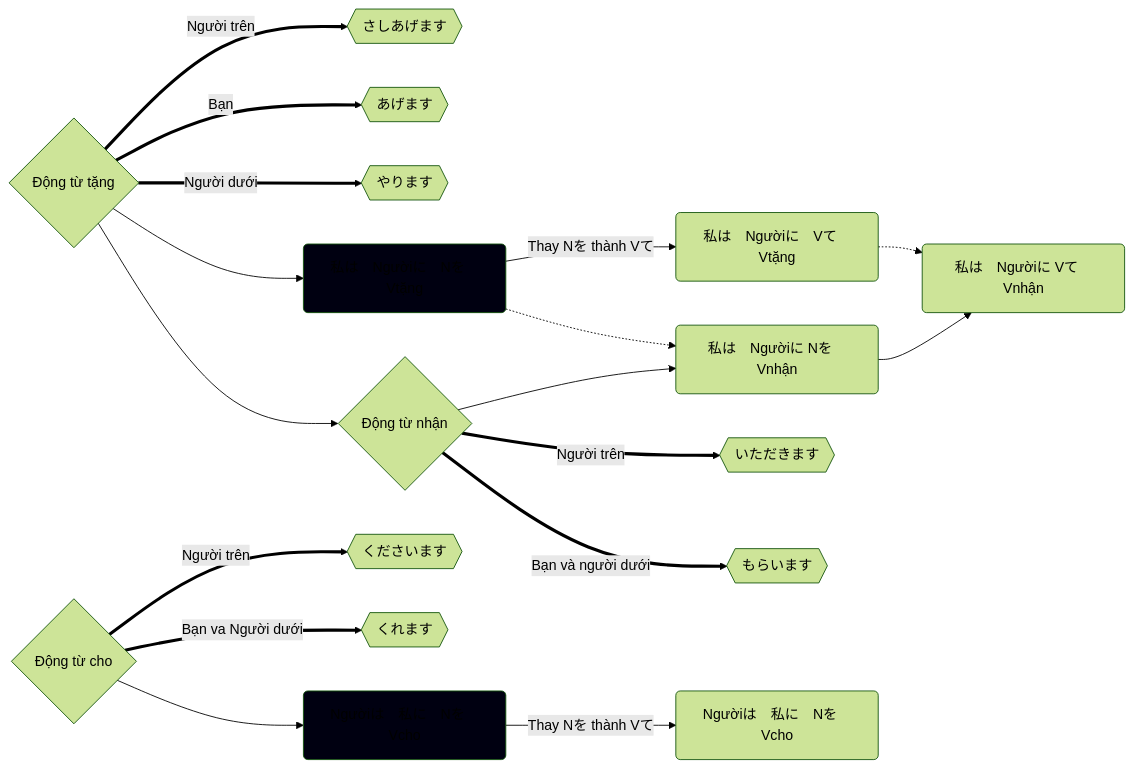
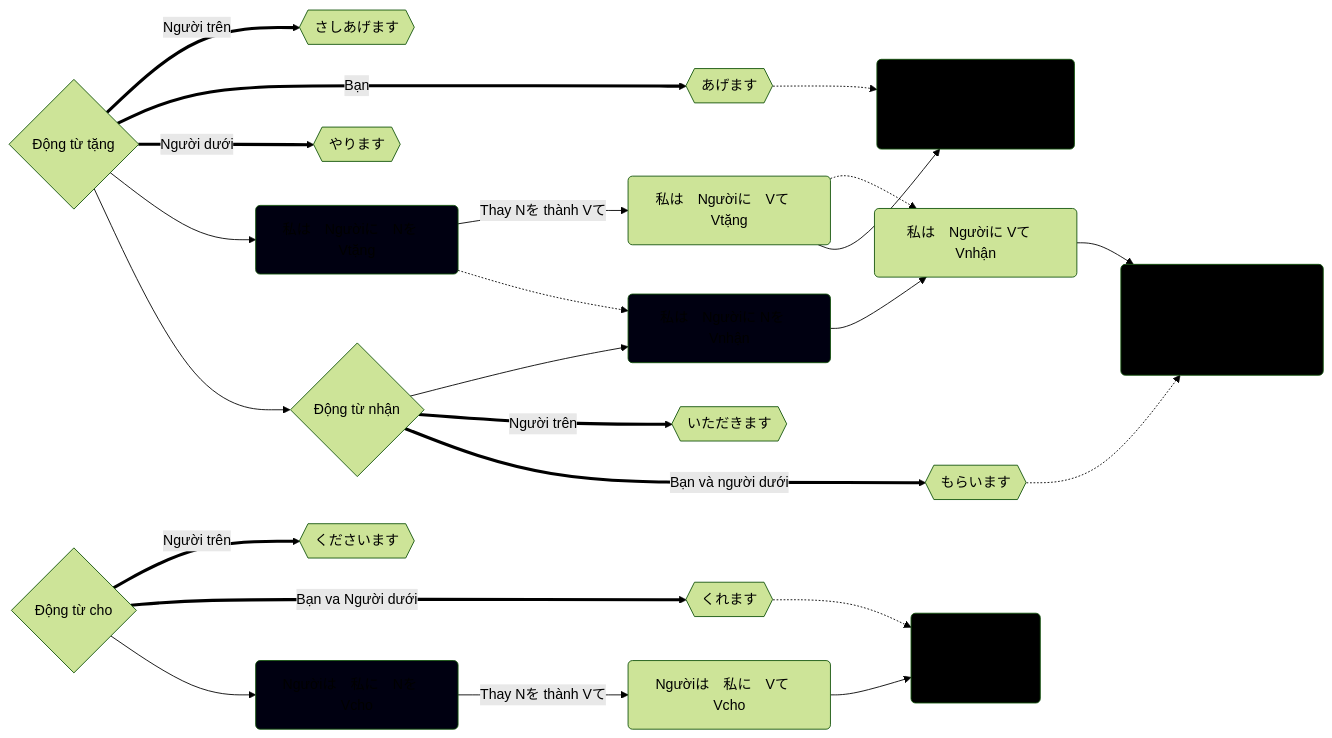
One commit to tea1504/learn changed the diagram in Dong_Tu_Cho_Tang.md. Above: the diagram before and after it, drawn with Mermaid (forest theme). The commit also changed 16 other files, not shown here.

````diff
--- a/Dong_Tu_Cho_Tang.md
+++ b/Dong_Tu_Cho_Tang.md
@@ -1,28 +1,41 @@
 ```mermaid
 graph LR;
 	Vt{Động từ tặng}
 	Vc{Động từ cho}
 
 	Vt==>|Người trên|bieuT{{さしあげます}}
 	Vt==>|Bạn|tangT{{あげます}}
 	Vt==>|Người dưới|choT{{やります}}
 
 	Vc==>|Người trên|bieuN{{くださいます}}
 	Vc==>|Bạn va Người dưới|tangN{{くれます}}
 
 	Vt-->npTang(私は　Ngườiに　Nを　Vtặng)
 	npTang-->|Thay Nを thành Vて|npTangVte(私は　Ngườiに　Vて　Vtặng)
 
 	Vc-->npCho(Ngườiは　私に　Nを　Vcho)
-	npCho-->|Thay Nを thành Vて|npChoVte(Ngườiは　私に　Nを　Vcho)
+	npCho-->|Thay Nを thành Vて|npChoVte(Ngườiは　私に　Vて　Vcho)
 
 	Vt-->Vn{Động từ nhận}
 	npTang-.->npNhan(私は　Ngườiに Nを　Vnhận)
 	Vn-->npNhan-->npNhanVte(私は　Ngườiに Vて　Vnhận)
 	npTangVte-.->npNhanVte(私は　Ngườiに Vて　Vnhận)
 	Vn==>|Người trên|nhan{{いただきます}}
 	Vn==>|Bạn và người dưới|nhan2{{もらいます}}
 
+	npChoVte-->choToi(Cho tôi\n***\n___Vてくれます)
+	tangN-.->choToi
+
+	npNhanVte-->N1DuocN2VGiup(Người 1 được người 2 V giúp\n***\n___Vてもらいます)
+	nhan2-.->N1DuocN2VGiup
+
+	npTangVte-->N1LamVChoN2(Người 1 làm V cho người 2\n***\n___Vてあげます)
+	tangT-.->N1LamVChoN2
+
 	style npCho fill:#001
 	style npTang fill:#001
+	style npNhan fill:#001
+	style choToi fill:#000
+	style N1DuocN2VGiup fill:#000
+	style N1LamVChoN2 fill:#000
 ```
````
